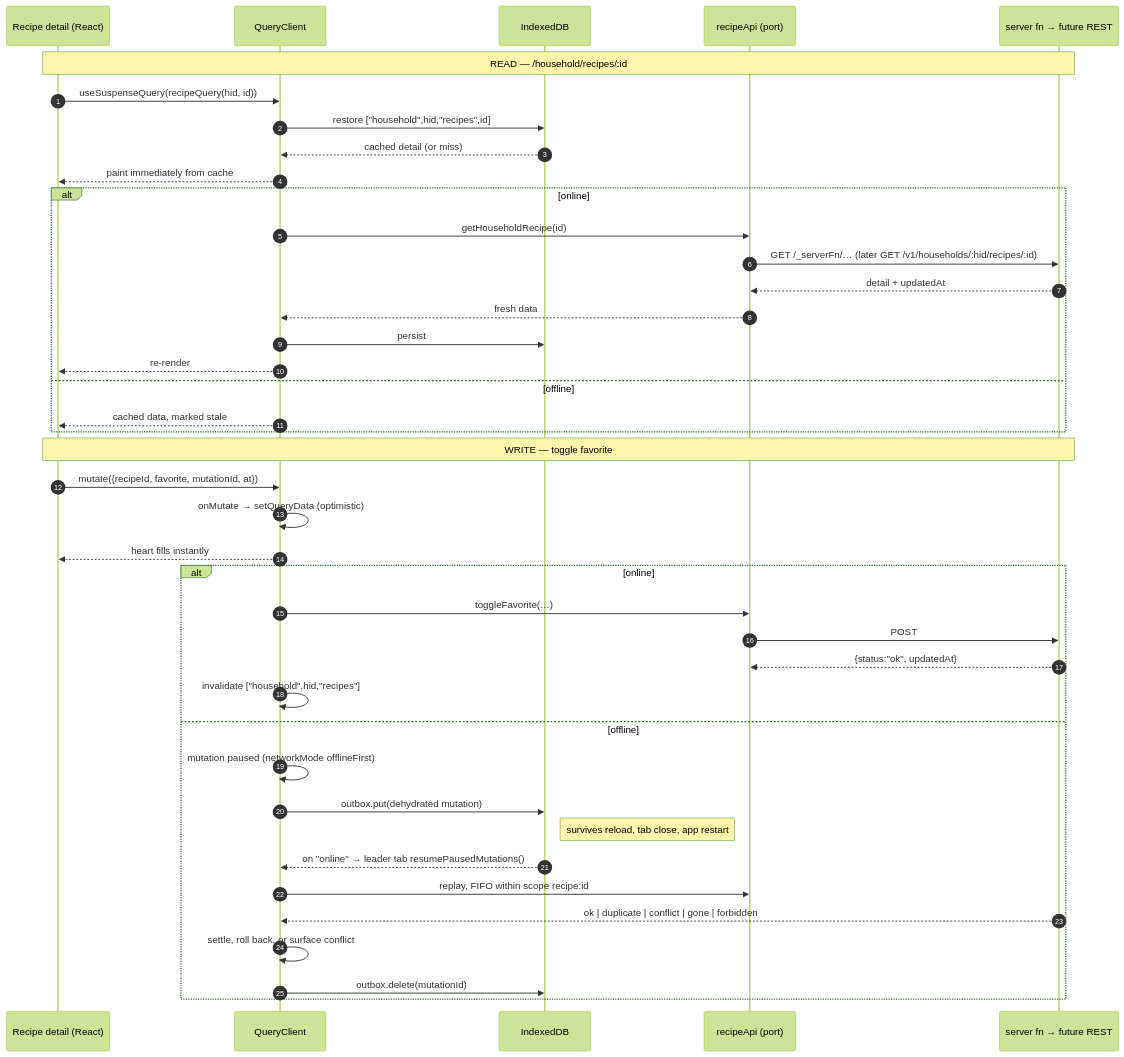
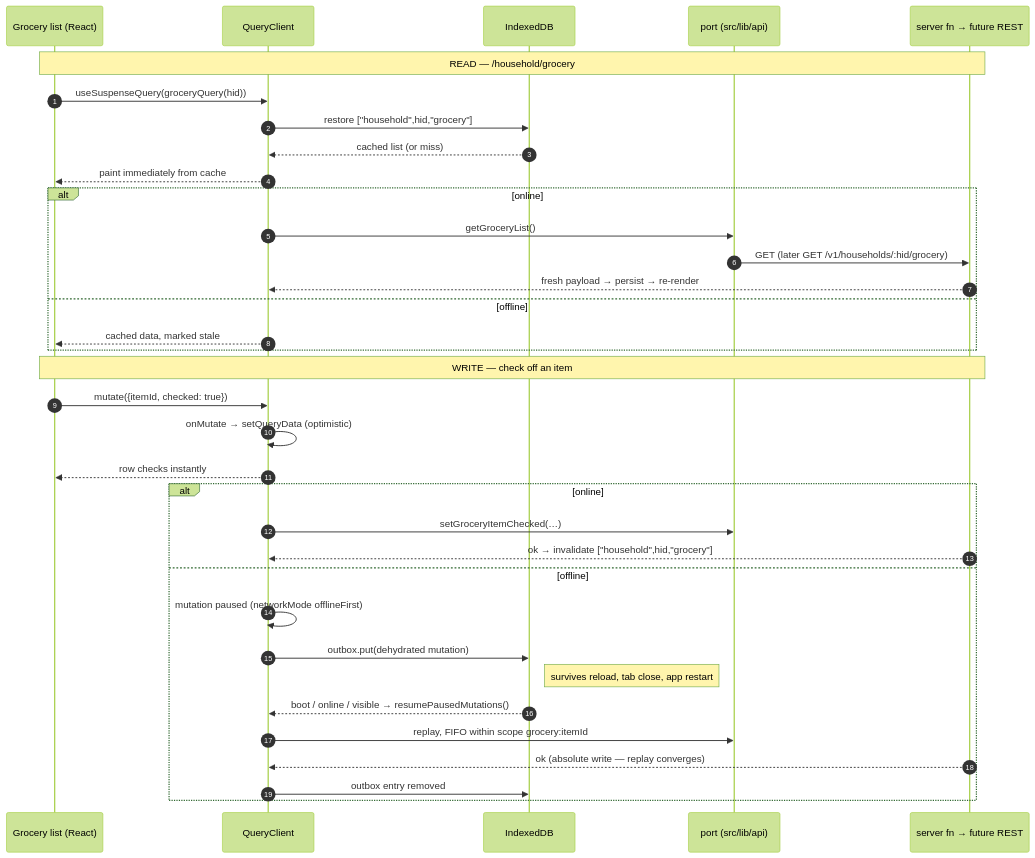
One commit to dcousineau/buttery changed the diagram in docs/plans/2026-08-11-offline-mode.md. Above: the diagram before and after it, drawn with Mermaid (forest theme). The commit also changed other lines of this file, not shown here.

````diff
--- a/docs/plans/2026-08-11-offline-mode.md
+++ b/docs/plans/2026-08-11-offline-mode.md
@@ -748,45 +666,39 @@
 ```mermaid
 sequenceDiagram
     autonumber
-    participant UI as Recipe detail (React)
+    participant UI as Grocery list (React)
     participant Q as QueryClient
     participant IDB as IndexedDB
-    participant API as recipeApi (port)
+    participant API as port (src/lib/api)
     participant SRV as server fn → future REST
 
-    Note over UI,SRV: READ — /household/recipes/:id
-    UI->>Q: useSuspenseQuery(recipeQuery(hid, id))
-    Q->>IDB: restore ["household",hid,"recipes",id]
-    IDB-->>Q: cached detail (or miss)
+    Note over UI,SRV: READ — /household/grocery
+    UI->>Q: useSuspenseQuery(groceryQuery(hid))
+    Q->>IDB: restore ["household",hid,"grocery"]
+    IDB-->>Q: cached list (or miss)
     Q-->>UI: paint immediately from cache
     alt online
-        Q->>API: getHouseholdRecipe(id)
-        API->>SRV: GET /_serverFn/… (later GET /v1/households/:hid/recipes/:id)
-        SRV-->>API: detail + updatedAt
-        API-->>Q: fresh data
-        Q->>IDB: persist
-        Q-->>UI: re-render
+        Q->>API: getGroceryList()
+        API->>SRV: GET (later GET /v1/households/:hid/grocery)
+        SRV-->>Q: fresh payload → persist → re-render
     else offline
         Q-->>UI: cached data, marked stale
     end
 
-    Note over UI,SRV: WRITE — toggle favorite
-    UI->>Q: mutate({recipeId, favorite, mutationId, at})
+    Note over UI,SRV: WRITE — check off an item
+    UI->>Q: mutate({itemId, checked: true})
     Q->>Q: onMutate → setQueryData (optimistic)
-    Q-->>UI: heart fills instantly
+    Q-->>UI: row checks instantly
     alt online
-        Q->>API: toggleFavorite(…)
-        API->>SRV: POST
-        SRV-->>API: {status:"ok", updatedAt}
-        Q->>Q: invalidate ["household",hid,"recipes"]
+        Q->>API: setGroceryItemChecked(…)
+        SRV-->>Q: ok → invalidate ["household",hid,"grocery"]
     else offline
         Q->>Q: mutation paused (networkMode offlineFirst)
         Q->>IDB: outbox.put(dehydrated mutation)
         Note right of IDB: survives reload, tab close, app restart
-        IDB-->>Q: on "online" → leader tab resumePausedMutations()
-        Q->>API: replay, FIFO within scope recipe:id
-        SRV-->>Q: ok | duplicate | conflict | gone | forbidden
-        Q->>Q: settle, roll back, or surface conflict
-        Q->>IDB: outbox.delete(mutationId)
+        IDB-->>Q: boot / online / visible → resumePausedMutations()
+        Q->>API: replay, FIFO within scope grocery:itemId
+        SRV-->>Q: ok (absolute write — replay converges)
+        Q->>IDB: outbox entry removed
     end
 ```
````
